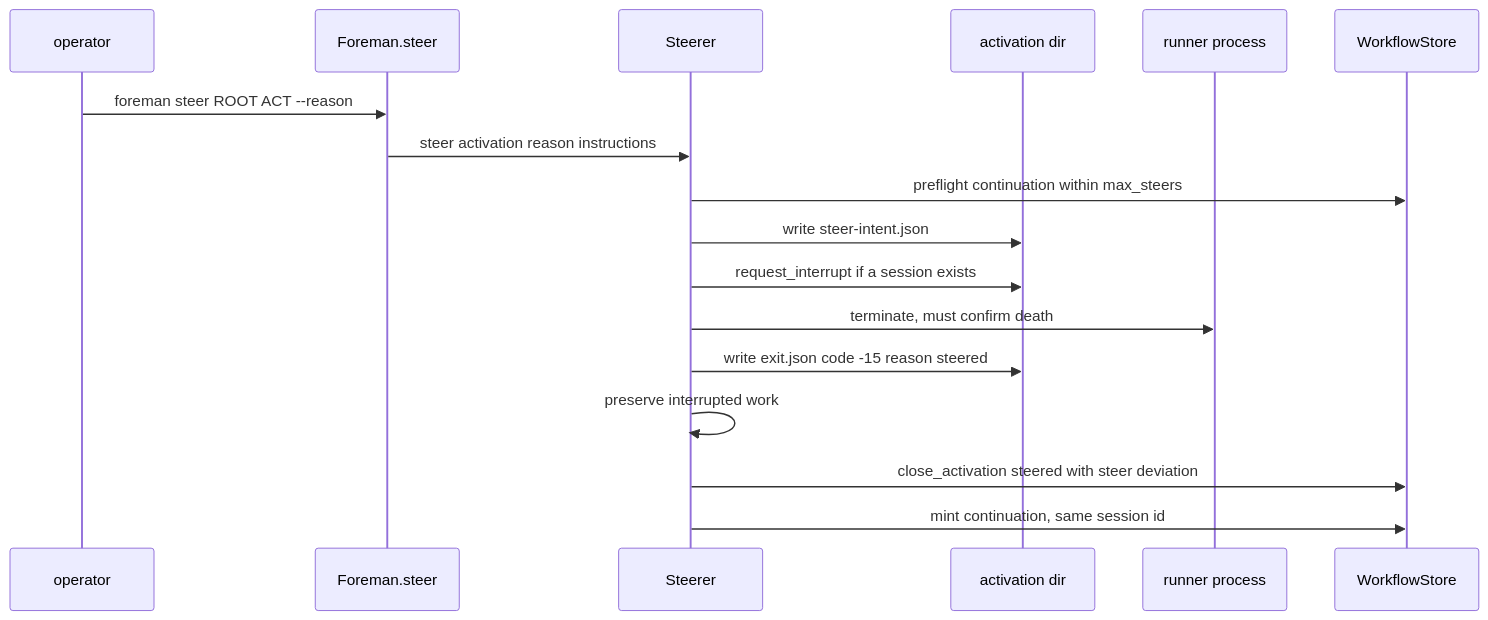
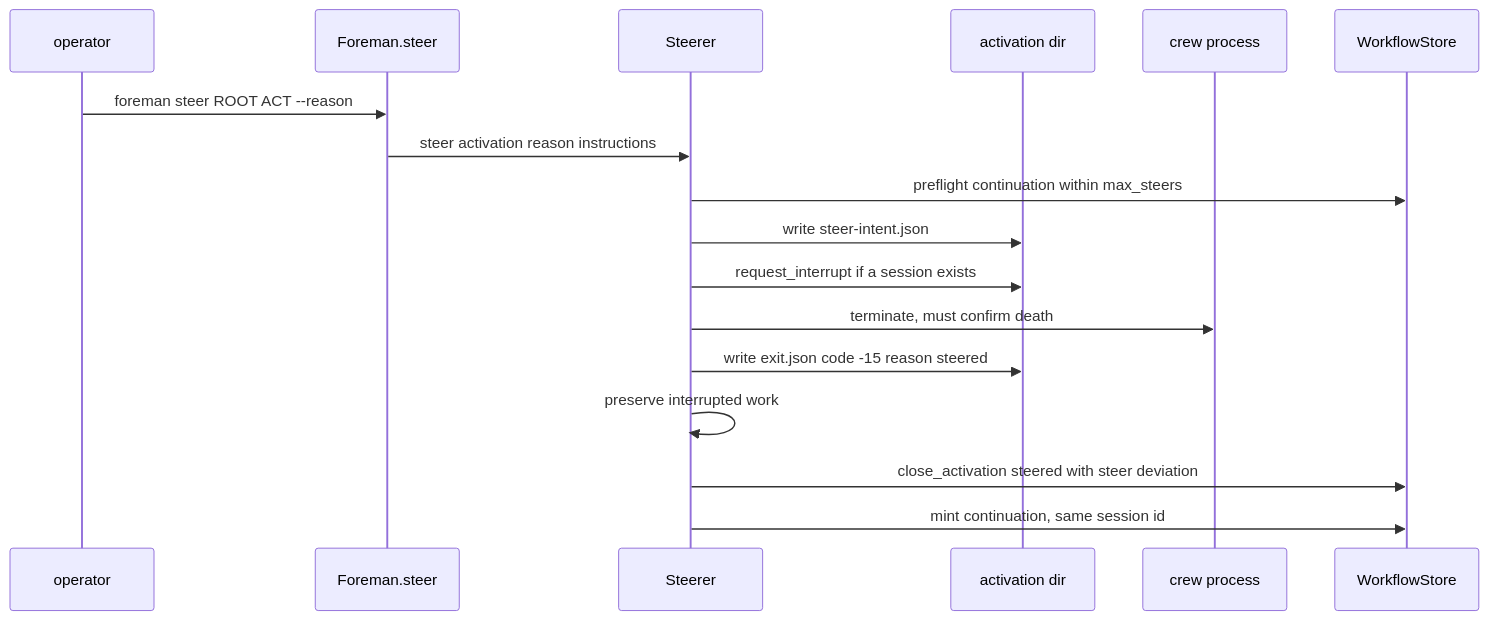
Diagram 33 of 46 in docs/workflow-interpreter-guide/diagrams.md (MVPavan/coding-ritual), drawn with Mermaid before and after one commit. The commit also changed other lines of this file and 361 other files, not shown here.

````diff
--- a/docs/workflow-interpreter-guide/diagrams.md
+++ b/docs/workflow-interpreter-guide/diagrams.md
@@ -1372,19 +1372,19 @@
 ```mermaid
 sequenceDiagram
   participant Op as operator
   participant F as Foreman.steer
   participant S as Steerer
   participant FS as activation dir
-  participant P as runner process
+  participant P as crew process
   participant St as WorkflowStore
   Op->>F: foreman steer ROOT ACT --reason
   F->>S: steer activation reason instructions
   S->>St: preflight continuation within max_steers
   S->>FS: write steer-intent.json
   S->>FS: request_interrupt if a session exists
   S->>P: terminate, must confirm death
   S->>FS: write exit.json code -15 reason steered
   S->>S: preserve interrupted work
   S->>St: close_activation steered with steer deviation
   S->>St: mint continuation, same session id
 ```
````
